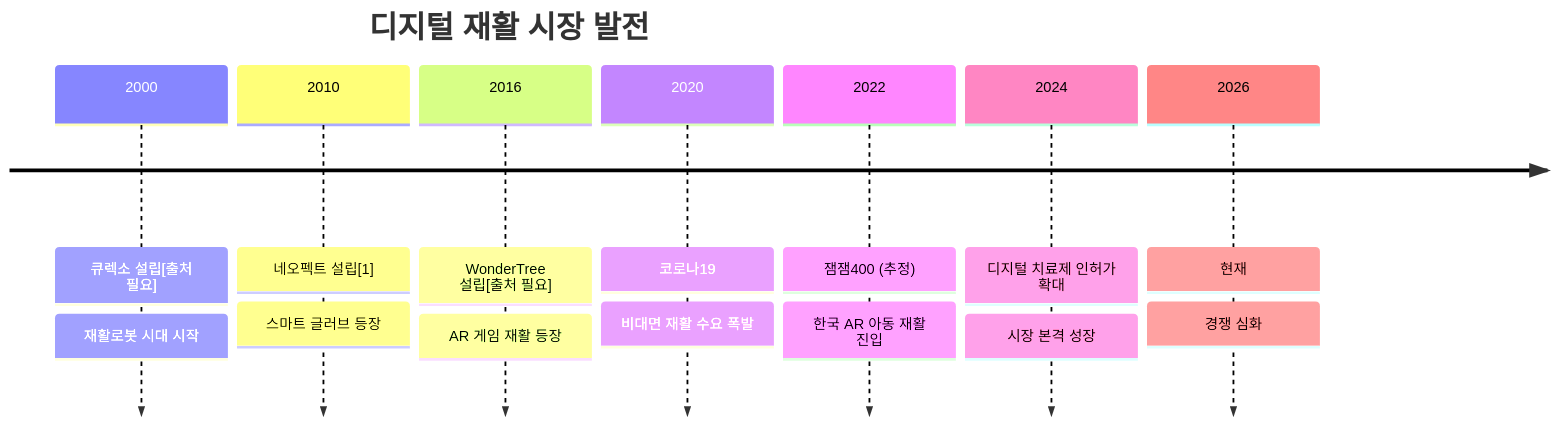
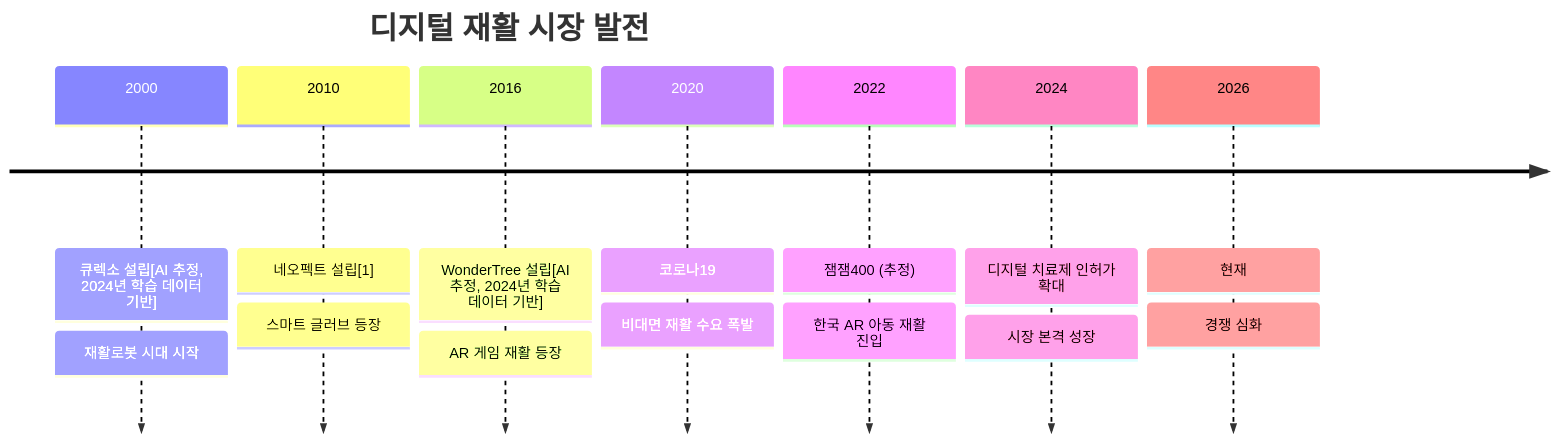
One commit to k-codepoet/ai-research-result changed the fifth of 9 diagrams in gemgem400/charts/diagrams.md. Above: the diagram before and after it, drawn with Mermaid. The commit also changed 17 other files, not shown here.

````diff
--- a/gemgem400/charts/diagrams.md
+++ b/gemgem400/charts/diagrams.md
@@ -116,18 +116,18 @@
 ```mermaid
 timeline
     title 디지털 재활 시장 발전
-    2000 : 큐렉소 설립[출처 필요]
+    2000 : 큐렉소 설립[AI 추정, 2024년 학습 데이터 기반]
          : 재활로봇 시대 시작
     2010 : 네오펙트 설립[1]
          : 스마트 글러브 등장
-    2016 : WonderTree 설립[출처 필요]
+    2016 : WonderTree 설립[AI 추정, 2024년 학습 데이터 기반]
          : AR 게임 재활 등장
     2020 : 코로나19
          : 비대면 재활 수요 폭발
     2022 : 잼잼400 (추정)
          : 한국 AR 아동 재활 진입
     2024 : 디지털 치료제 인허가 확대
          : 시장 본격 성장
     2026 : 현재
          : 경쟁 심화
 ```
````
